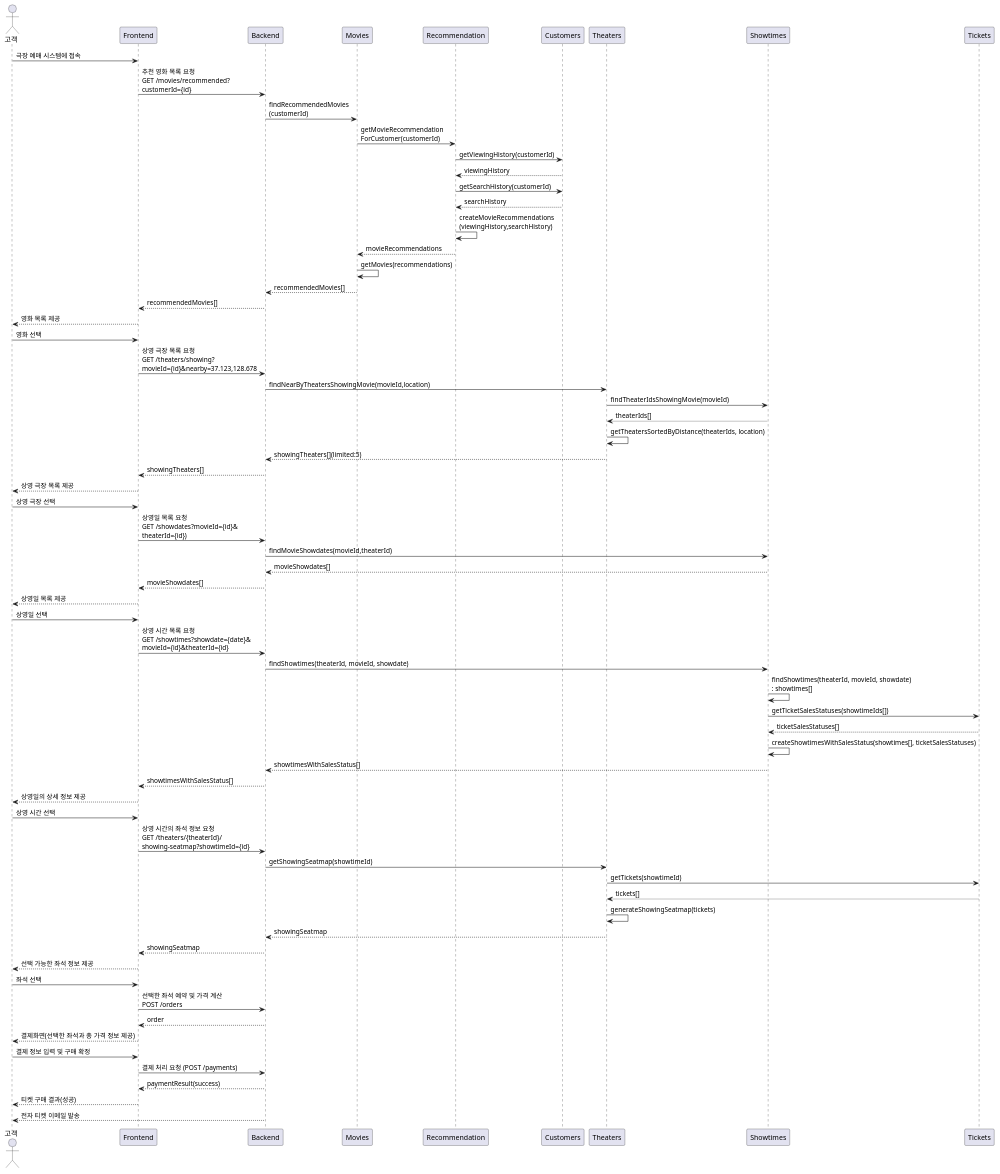
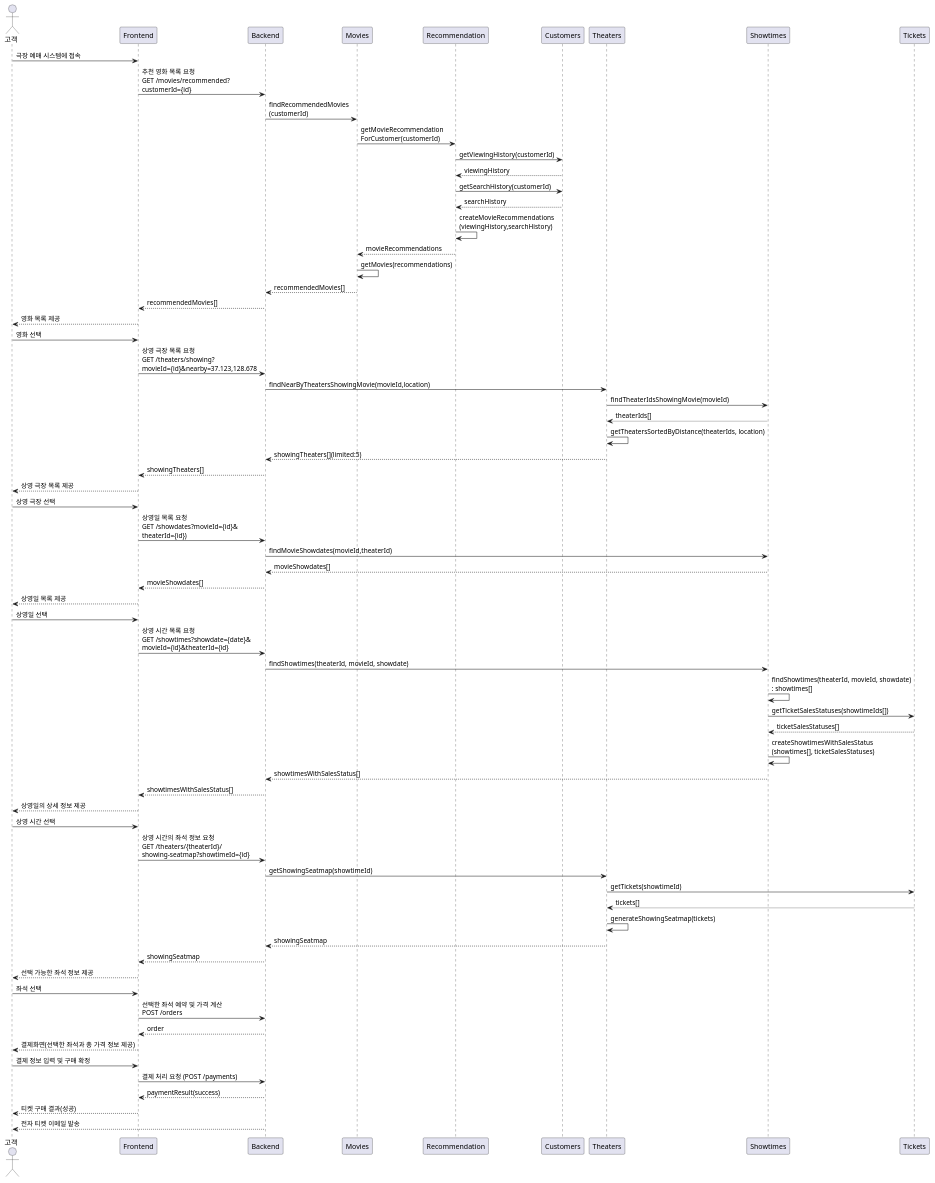
Before and after one commit to mannercode/backend-fundamentals: the first of 2 diagrams in docs/buy-tickets.md, drawn with PlantUML. The commit also changed other lines of this file, not shown here.

````diff
--- a/docs/buy-tickets.md
+++ b/docs/buy-tickets.md
@@ -57,72 +57,72 @@
 ```plantuml
 @startuml
 actor 고객 as customer
 participant "Frontend" as front
 participant "Backend" as back
 participant "Movies" as movies
 participant "Recommendation" as recommend
 participant "Customers" as customsvc
 participant "Theaters" as theaters
 participant "Showtimes" as showtimes
 participant "Tickets" as tickets
 
 customer -> front : 극장 예매 시스템에 접속
 front -> back : 추천 영화 목록 요청\nGET /movies/recommended?\ncustomerId={id}
 back -> movies : findRecommendedMovies\n(customerId)
 movies -> recommend : getMovieRecommendation\nForCustomer(customerId)
 recommend -> customsvc : getViewingHistory(customerId)
 recommend <-- customsvc : viewingHistory
 recommend -> customsvc : getSearchHistory(customerId)
 recommend <-- customsvc : searchHistory
 recommend -> recommend : createMovieRecommendations\n(viewingHistory,searchHistory)
 movies <-- recommend : movieRecommendations
 movies -> movies : getMovies(recommendations)
 back <-- movies : recommendedMovies[]
 front <-- back : recommendedMovies[]
 customer <-- front : 영화 목록 제공
 customer -> front : 영화 선택
 front -> back : 상영 극장 목록 요청\nGET /theaters/showing?\nmovieId={id}&nearby=37.123,128.678
 back -> theaters: findNearByTheatersShowingMovie(movieId,location)
 theaters -> showtimes: findTheaterIdsShowingMovie(movieId)
 theaters <-- showtimes: theaterIds[]
 theaters -> theaters: getTheatersSortedByDistance(theaterIds, location)
 back <-- theaters: showingTheaters[](limited:5)
 front <-- back : showingTheaters[]
 customer <-- front : 상영 극장 목록 제공
 customer -> front : 상영 극장 선택
 front -> back : 상영일 목록 요청\nGET /showdates?movieId={id}&\ntheaterId={id})
 back -> showtimes: findMovieShowdates(movieId,theaterId)
 back <-- showtimes: movieShowdates[]
 front <-- back : movieShowdates[]
 customer <-- front : 상영일 목록 제공
 customer -> front : 상영일 선택
 front -> back : 상영 시간 목록 요청\nGET /showtimes?showdate={date}&\nmovieId={id}&theaterId={id}
 back -> showtimes: findShowtimes(theaterId, movieId, showdate)
 showtimes -> showtimes: findShowtimes(theaterId, movieId, showdate)\n: showtimes[]
 showtimes -> tickets: getTicketSalesStatuses(showtimeIds[])
 showtimes <-- tickets: ticketSalesStatuses[]
-showtimes -> showtimes: createShowtimesWithSalesStatus(showtimes[], ticketSalesStatuses)
+showtimes -> showtimes: createShowtimesWithSalesStatus\n(showtimes[], ticketSalesStatuses)
 back <-- showtimes: showtimesWithSalesStatus[]
 front <-- back : showtimesWithSalesStatus[]
 customer <-- front : 상영일의 상세 정보 제공
 customer -> front : 상영 시간 선택
 front -> back : 상영 시간의 좌석 정보 요청\nGET /theaters/{theaterId}/\nshowing-seatmap?showtimeId={id}
 back -> theaters : getShowingSeatmap(showtimeId)
 theaters -> tickets : getTickets(showtimeId)
 theaters <-- tickets : tickets[]
 theaters -> theaters : generateShowingSeatmap(tickets)
 back <-- theaters: showingSeatmap
 front <-- back : showingSeatmap
 customer <-- front : 선택 가능한 좌석 정보 제공
 customer -> front : 좌석 선택
 front -> back : 선택한 좌석 예약 및 가격 계산\nPOST /orders
 front <-- back : order
 customer <-- front : 결제화면(선택한 좌석과 총 가격 정보 제공)
 customer -> front : 결제 정보 입력 및 구매 확정
 front -> back : 결제 처리 요청 (POST /payments)
 front <-- back : paymentResult(success)
 customer <-- front : 티켓 구매 결과(성공)
 customer <-- back : 전자 티켓 이메일 발송
 @enduml
 
 ```
````
